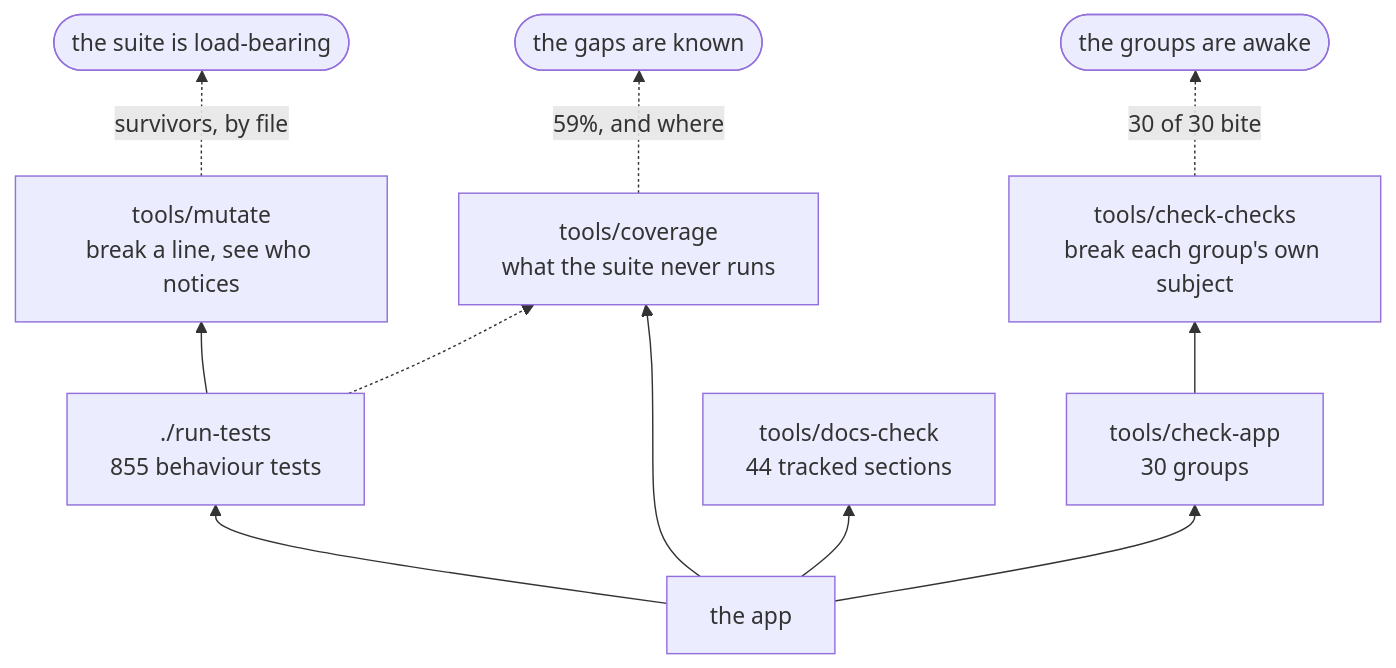
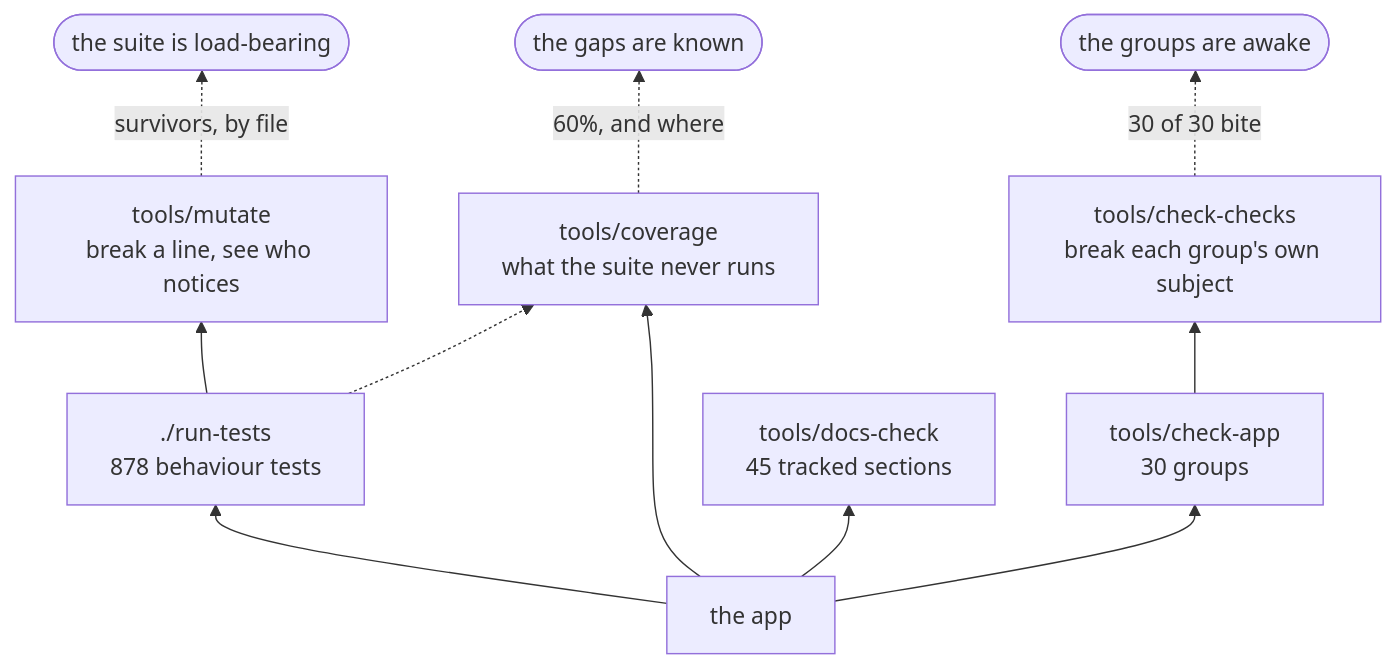
The second of 3 diagrams in docs/DEVELOPING.md (minormending/crystal-pilot-mobile), drawn with Mermaid before and after one commit. The commit also changed other lines of this file and 5 other files, not shown here.

````diff
--- a/docs/DEVELOPING.md
+++ b/docs/DEVELOPING.md
@@ -127,13 +128,13 @@
 ```mermaid
 flowchart BT
-    C["the app"] --> T["./run-tests<br/>855 behaviour tests"]
+    C["the app"] --> T["./run-tests<br/>878 behaviour tests"]
     C --> A["tools/check-app<br/>30 groups"]
-    C --> D["tools/docs-check<br/>44 tracked sections"]
+    C --> D["tools/docs-check<br/>45 tracked sections"]
     C --> V["tools/coverage<br/>what the suite never runs"]
     T --> M["tools/mutate<br/>break a line, see who notices"]
     A --> K["tools/check-checks<br/>break each group's own subject"]
     T -.-> V
     M -.->|"survivors, by file"| R(["the suite is load-bearing"])
     K -.->|"30 of 30 bite"| R2(["the groups are awake"])
-    V -.->|"59%, and where"| R3(["the gaps are known"])
+    V -.->|"60%, and where"| R3(["the gaps are known"])
 ```
````
